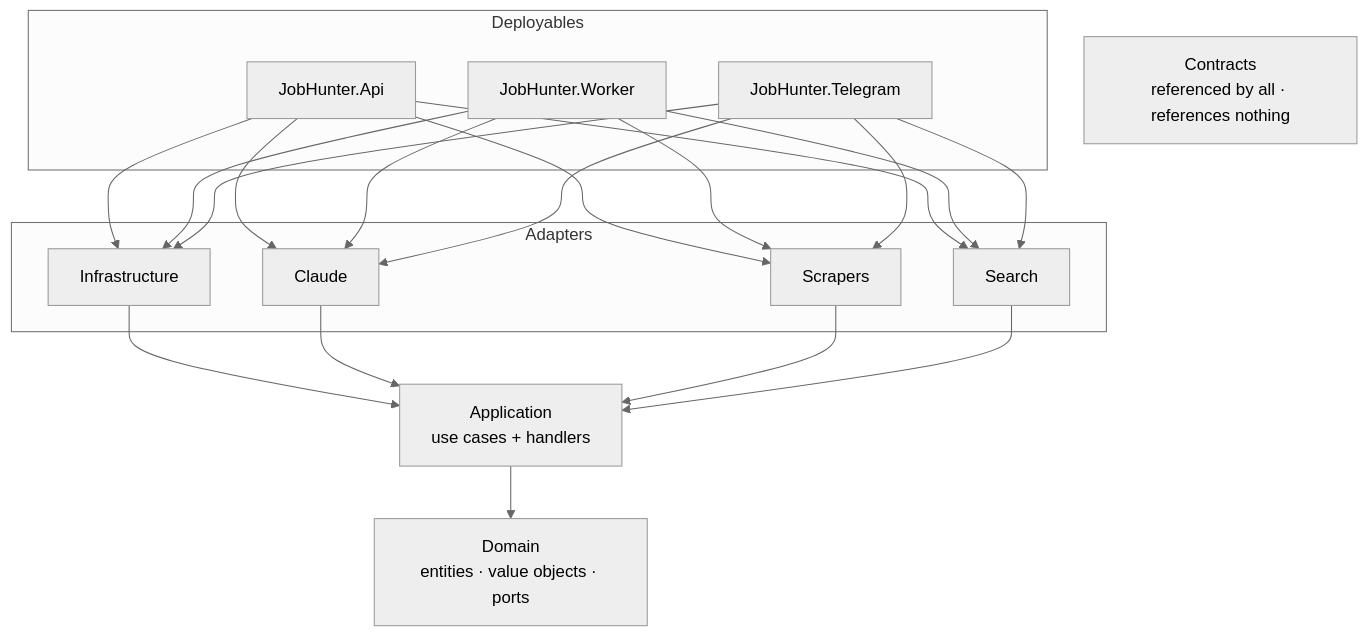
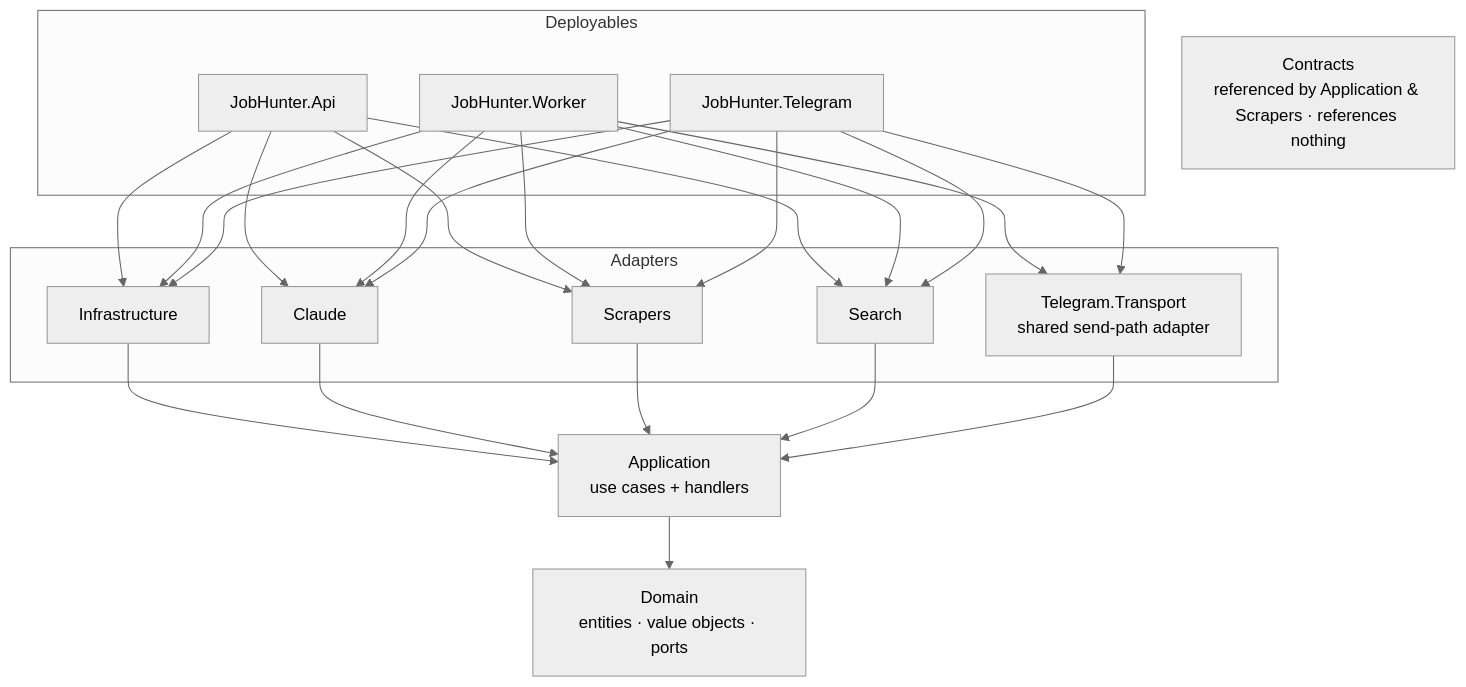
One commit to HeliosPersonal/jobhunter changed the third of 9 diagrams in docs/PRESENTATION.md. Above: the diagram before and after it, drawn with Mermaid (neutral theme). The commit also changed 20 other files, not shown here.

````diff
--- a/docs/PRESENTATION.md
+++ b/docs/PRESENTATION.md
@@ -87,26 +87,28 @@
 ```mermaid
 flowchart TD
   subgraph Hosts["Deployables"]
     API["JobHunter.Api"]
     WRK["JobHunter.Worker"]
     TG["JobHunter.Telegram"]
   end
   subgraph Adapters["Adapters"]
     INF["Infrastructure"]
     CLA["Claude"]
     SCR["Scrapers"]
     SRCH["Search"]
+    TGT["Telegram.Transport<br/>shared send-path adapter"]
   end
   APP["Application<br/>use cases + handlers"]
   DOM["Domain<br/>entities · value objects · ports"]
-  CON["Contracts<br/>referenced by all · references nothing"]
+  CON["Contracts<br/>referenced by Application &amp; Scrapers · references nothing"]
 
   API --> INF & CLA & SCR & SRCH
-  WRK --> INF & CLA & SCR & SRCH
-  TG --> INF & CLA & SCR & SRCH
+  WRK --> INF & CLA & SCR & SRCH & TGT
+  TG --> INF & CLA & SCR & SRCH & TGT
   INF --> APP
   CLA --> APP
   SCR --> APP
   SRCH --> APP
+  TGT --> APP
   APP --> DOM
 ```
````
